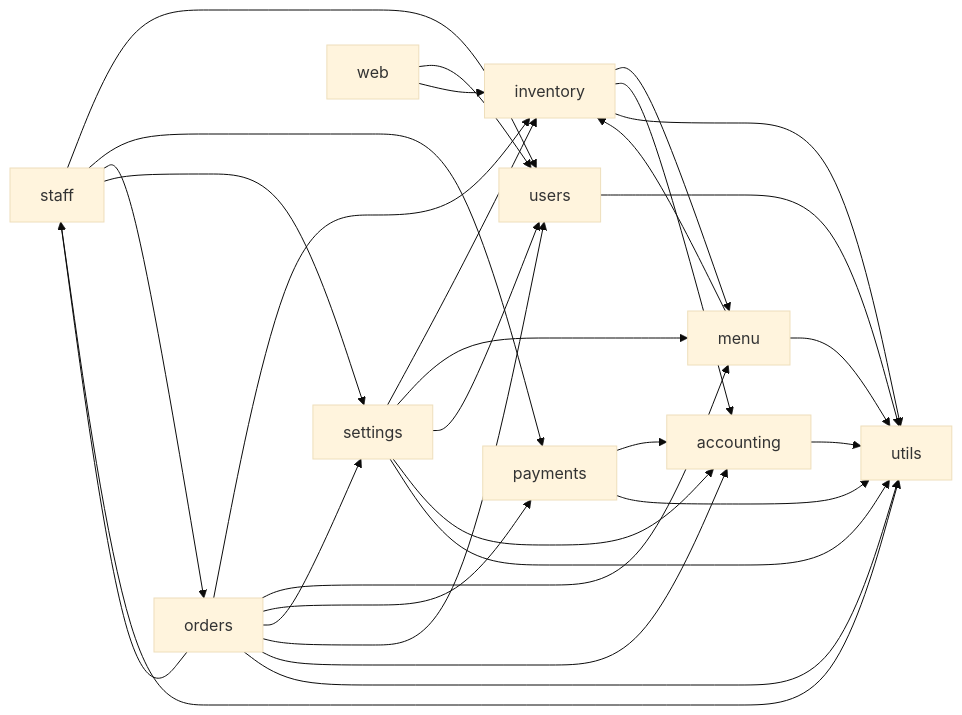
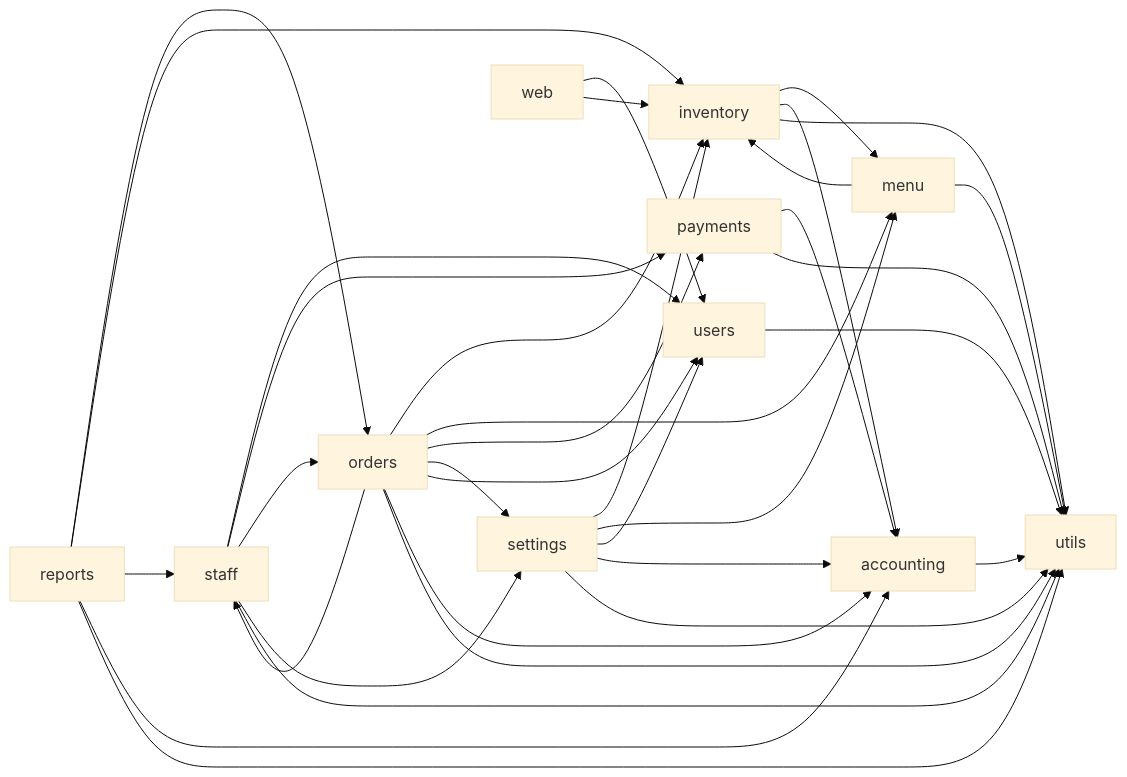
The diagram in docs/architecture/dependencies.md (sanusi-dev/RestPOS), drawn with Mermaid (base theme) before and after one commit. The commit also changed 7 other files, not shown here.

````diff
--- a/docs/architecture/dependencies.md
+++ b/docs/architecture/dependencies.md
@@ -5,42 +5,48 @@
 ```mermaid
 flowchart LR
     users[users]
     settings[settings]
     inventory[inventory]
     menu[menu]
     payments[payments]
     staff[staff]
     orders[orders]
     accounting[accounting]
+    reports[reports]
     web[web]
     utils[utils]
     settings --> inventory
     settings --> menu
     settings --> users
     inventory --> menu
     menu --> inventory
     staff --> users
     staff --> payments
     staff --> orders
     staff --> settings
     orders --> inventory
     orders --> menu
     orders --> payments
     orders --> settings
     orders --> staff
     orders --> users
     orders --> accounting
     payments --> accounting
     settings --> accounting
     inventory --> accounting
     web --> users
     web --> inventory
     users --> utils
     inventory --> utils
     menu --> utils
     payments --> utils
     staff --> utils
     orders --> utils
     settings --> utils
     accounting --> utils
+    reports --> orders
+    reports --> inventory
+    reports --> staff
+    reports --> accounting
+    reports --> utils
 ```
````
